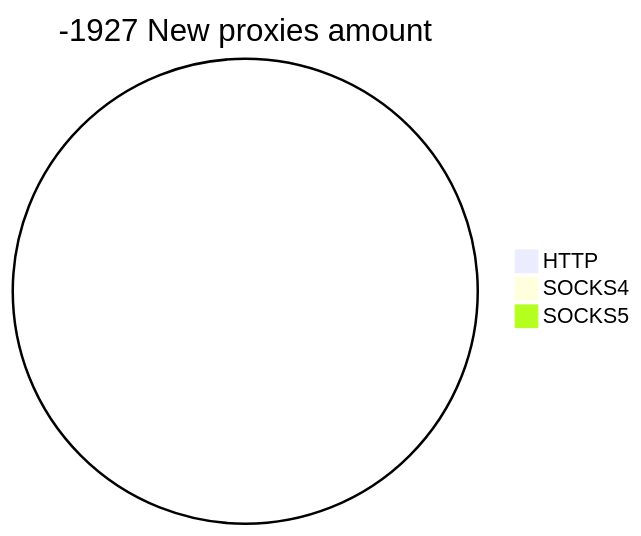
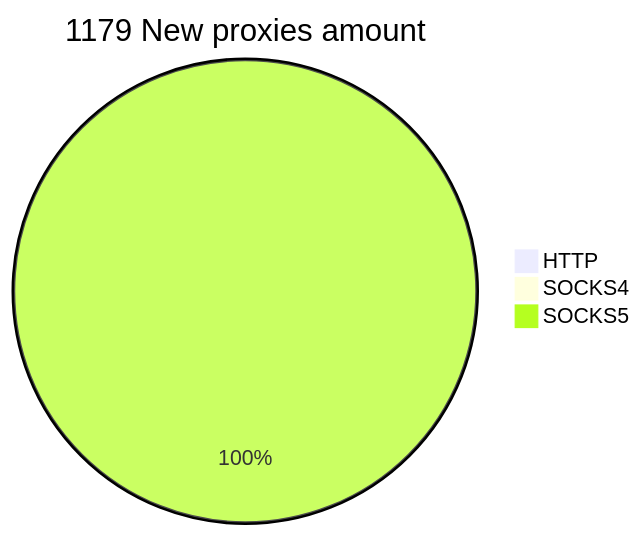
One commit to cutipu/proxylist changed the second of 2 diagrams in README.md. Above: the diagram before and after it, drawn with Mermaid. The commit also changed other lines of this file, not shown here.

````diff
--- a/README.md
+++ b/README.md
@@ -10,6 +10,6 @@
 ```mermaid
-pie title -1927 New proxies amount
+pie title 1179 New proxies amount
     "HTTP" : 0
     "SOCKS4" : 0
-    "SOCKS5" : 0
+    "SOCKS5" : 1695
 ```
````
